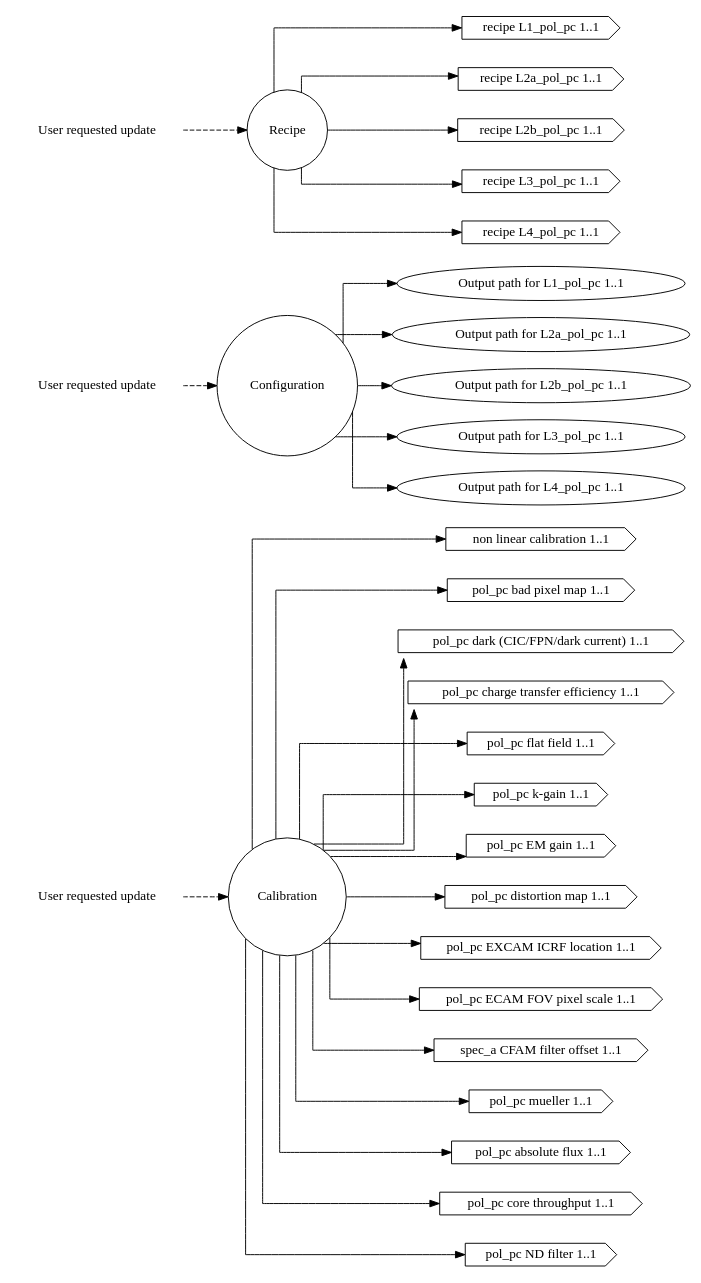
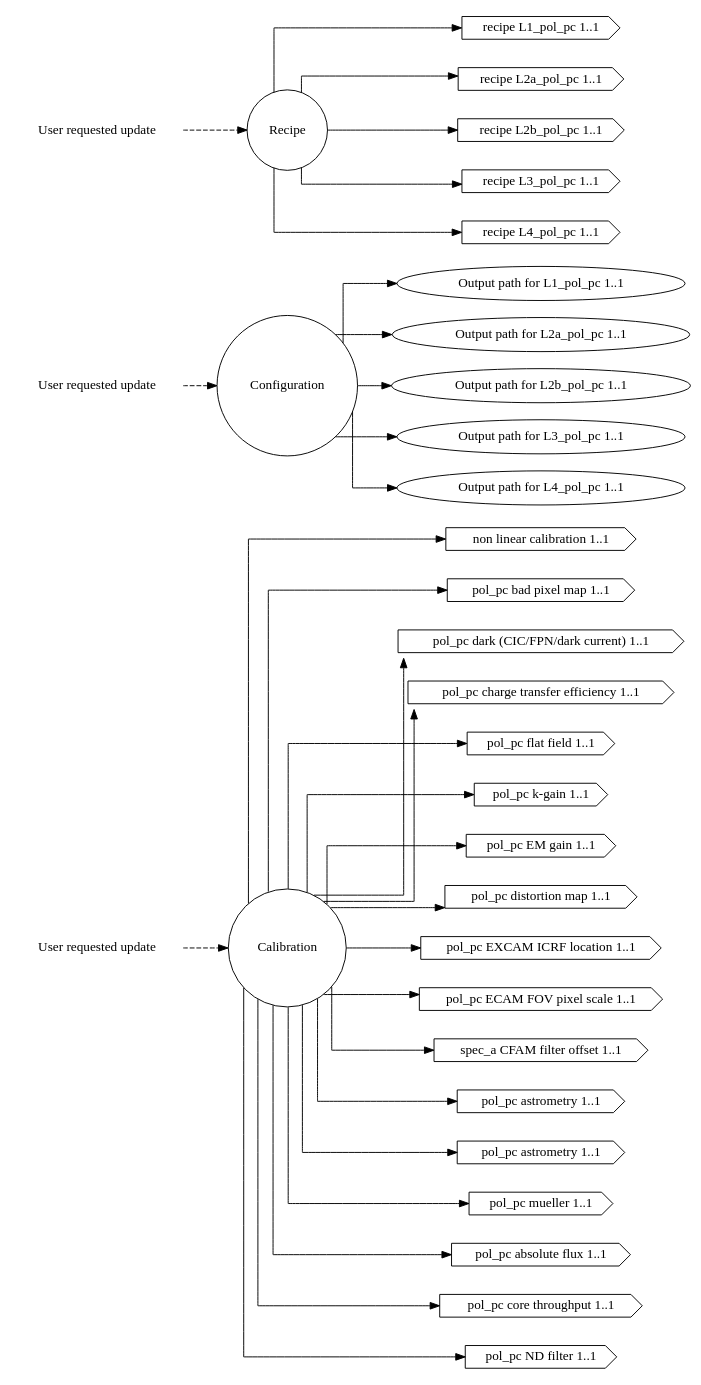
The diagram in dip/basis/ck_pol_pc.dot (roman-corgi/ctc-dip), drawn with Graphviz before and after one commit. The commit also changed 48 other files, not shown here.

```diff
--- a/dip/basis/ck_pol_pc.dot
+++ b/dip/basis/ck_pol_pc.dot
@@ -1,129 +1,137 @@
 /* why separate channels and how are they tied back together
 *
 * The magic happens from clerks.dot. It contains the same clerks but with dawgie
 * information tied to the nodes. Since they are all named the same among these
 * channlized files and clerks.dot, the dip.basis.transmute distills then
 * condenses them into a hidden monolithic concept if they have dawgie
 * information associated with them. That is the real magic.
 */
 digraph PolPCClerks
 {
   graph [splines="ortho", rankdir=LR];
 
   alarm_cal [label="User requested update", shape="none"];
   alarm_cnf [label="User requested update", shape="none"];
   alarm_rec [label="User requested update", shape="none"];
   
   calib [label="Calibration", shape="circle"];
   config [label="Configuration", shape="circle"];
   recipe [label="Recipe", shape="circle"];
 
   l1_pol_pc_odir [label="Output path for L1_pol_pc 1..1", shape="ellipse",
                  valname="clerk.configuration.l1_pol_pc.outdir",
                  valtype="dip.base.Configuration"];
   l1_pol_pc_rec [label="recipe L1_pol_pc 1..1", shape="cds",
                 valname="clerk.recipe.l1_pol_pc.recipe",
                 valtype="dip.base.Recipe"];
   l1_pol_pc_nllut [label="non linear calibration 1..1", shape="cds",
                      valname="clerk.calibration.l1_pol_pc.nonlin",
                      valtype="dip.base.Calibration"];
 
   l2a_pol_pc_odir [label="Output path for L2a_pol_pc 1..1", shape="ellipse",
                  valname="clerk.configuration.l2a_pol_pc.outdir",
                  valtype="dip.base.Configuration"];
   l2a_pol_pc_rec [label="recipe L2a_pol_pc 1..1", shape="cds",
                  valname="clerk.recipe.l2a_pol_pc.recipe",
                  valtype="dip.base.Recipe"];
   l2a_pol_pc_mbpm [label="pol_pc bad pixel map 1..1", shape="cds",
                 valname="clerk.calibration.l2a_pol_pc.bad_pix_map",
                 valtype="dip.base.Calibration"];
   l2a_pol_pc_dnb  [label="pol_pc dark (CIC/FPN/dark current) 1..1", shape="cds",
                   valname="clerk.calibration.l2a_pol_pc.darks",
                   valtype="dip.base.Calibration"];
   l2a_pol_pc_cti  [label="pol_pc charge transfer efficiency 1..1", shape="cds",
                 valname="clerk.calibration.l2a_pol_pc.charge_xfer_eff",
                 valtype="dip.base.Calibration"];
   l2a_pol_pc_polff  [label="pol_pc flat field 1..1", shape="cds",
                 valname="clerk.calibration.l2a_pol_pc.flat_field",
                 valtype="dip.base.Calibration"];
   l2a_pol_pc_kgain  [label="pol_pc k-gain 1..1", shape="cds",
                 valname="clerk.calibration.l2a_pol_pc.k_gain",
                 valtype="dip.base.Calibration"];
   l2a_pol_pc_emg [label="pol_pc EM gain 1..1", shape="cds",
                 valname="clerk.calibration.l2a_pol_pc.em_gain",
                 valtype="dip.base.Calibration"];
   l2b_pol_pc_odir [label="Output path for L2b_pol_pc 1..1", shape="ellipse",
                  valname="clerk.configuration.l2b_pol_pc.outdir",
                  valtype="dip.base.Configuration"];
   l2b_pol_pc_rec [label="recipe L2b_pol_pc 1..1", shape="cds",
                  valname="clerk.recipe.l2b_pol_pc.recipe",
                  valtype="dip.base.Recipe"];
   l2b_pol_pc_distm [label="pol_pc distortion map 1..1", shape="cds",
                  valname="clerk.calibration.l2b_pol_pc.distortion_map",
                  valtype="dip.base.Calibration"];
   l2b_pol_pc_excicrf [label="pol_pc EXCAM ICRF location 1..1", shape="cds",
                  valname="clerk.calibration.l2b_pol_pc.excam_icrf_location",
                  valtype="dip.base.Calibration"];
   l2b_pol_pc_excfovps [label="pol_pc ECAM FOV pixel scale 1..1", shape="cds",
                  valname="clerk.calibration.l2b_pol_pc.excam_fov_pixel_scale",
                  valtype="dip.base.Calibration"];
   l2b_pol_pc_cfamfo [label="spec_a CFAM filter offset 1..1", shape="cds",
                  valname="clerk.calibration.l2b_pol_pc.cfam_filter_offset",
                  valtype="dip.base.Calibration"];
 
   l3_pol_pc_odir [label="Output path for L3_pol_pc 1..1", shape="ellipse",
                  valname="clerk.configuration.l3_pol_pc.outdir",
                  valtype="dip.base.Configuration"];
   l3_pol_pc_rec [label="recipe L3_pol_pc 1..1", shape="cds",
                  valname="clerk.recipe.l3_pol_pc.recipe",
                  valtype="dip.base.Recipe"];
+  l3_pol_pc_ast [label="pol_pc astrometry 1..1", shape="cds",
+                 valname="clerk.calibration.l3_pol_pc.astrometry",
+                 valtype="dip.base.Calibration"];
+  l3_pol_pc_ndf [label="pol_pc astrometry 1..1", shape="cds",
+                 valname="clerk.calibration.l3_pol_pc.ndfilter",
+                 valtype="dip.base.Calibration"];
   l3_pol_pc_mueller [label="pol_pc mueller 1..1", shape="cds",
                  valname="clerk.calibration.l3_pol_pc.mueller_matrix",
                  valtype="dip.base.Calibration"];
 
   l4_pol_pc_odir [label="Output path for L4_pol_pc 1..1", shape="ellipse",
                  valname="clerk.configuration.l4_pol_pc.outdir",
                  valtype="dip.base.Configuration"];
   l4_pol_pc_rec [label="recipe L4_pol_pc 1..1", shape="cds",
                  valname="clerk.recipe.l4_pol_pc.recipe",
                  valtype="dip.base.Recipe"];
   l4_pol_pc_afcal [label="pol_pc absolute flux 1..1", shape="cds",
                  valname="clerk.calibration.l4_pol_pc.absolute_flux",
                  valtype="dip.base.Calibration"];
   l4_pol_pc_ctcal [label="pol_pc core throughput 1..1", shape="cds",
                  valname="clerk.calibration.l4_pol_pc.core_thruput",
                  valtype="dip.base.Calibration"];
   l4_pol_pc_ndfilt [label="pol_pc ND filter 1..1", shape="cds",
                  valname="clerk.calibration.l4_pol_pc.nd_filter",
                  valtype="dip.base.Calibration"];
 
   alarm_cal -> calib [style="dashed"];
   alarm_cnf -> config [style="dashed"];
   alarm_rec -> recipe [style="dashed"];
 
   calib -> l1_pol_pc_nllut;
   calib -> l2a_pol_pc_mbpm;
   calib -> l2a_pol_pc_dnb;
   calib -> l2a_pol_pc_cti;
   calib -> l2a_pol_pc_polff;
   calib -> l2a_pol_pc_kgain;
   calib -> l2a_pol_pc_emg;
   calib -> l2b_pol_pc_distm;
   calib -> l2b_pol_pc_excicrf;
   calib -> l2b_pol_pc_excfovps;
   calib -> l2b_pol_pc_cfamfo;
+  calib -> l3_pol_pc_ast;
   calib -> l3_pol_pc_mueller;
+  calib -> l3_pol_pc_ndf;
   calib -> l4_pol_pc_afcal;
   calib -> l4_pol_pc_ctcal;
   calib -> l4_pol_pc_ndfilt;
   config -> l1_pol_pc_odir;
   config -> l2a_pol_pc_odir;
   config -> l2b_pol_pc_odir;
   config -> l3_pol_pc_odir;
   config -> l4_pol_pc_odir;
   recipe -> l1_pol_pc_rec;
   recipe -> l2a_pol_pc_rec;
   recipe -> l2b_pol_pc_rec;
   recipe -> l3_pol_pc_rec;
   recipe -> l4_pol_pc_rec;
 }
```
